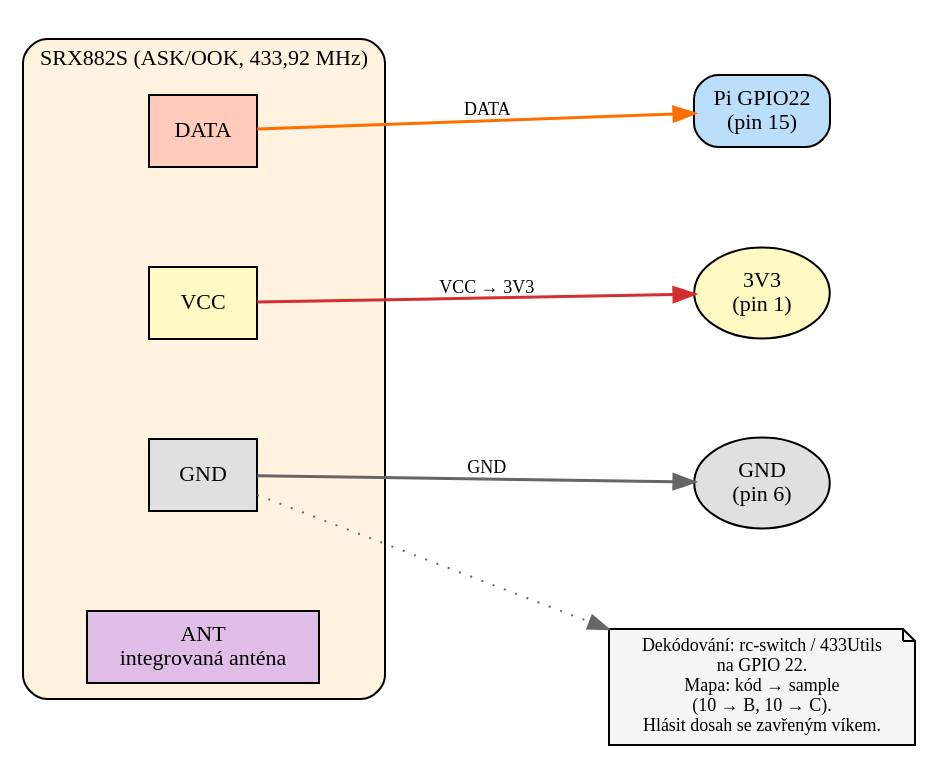
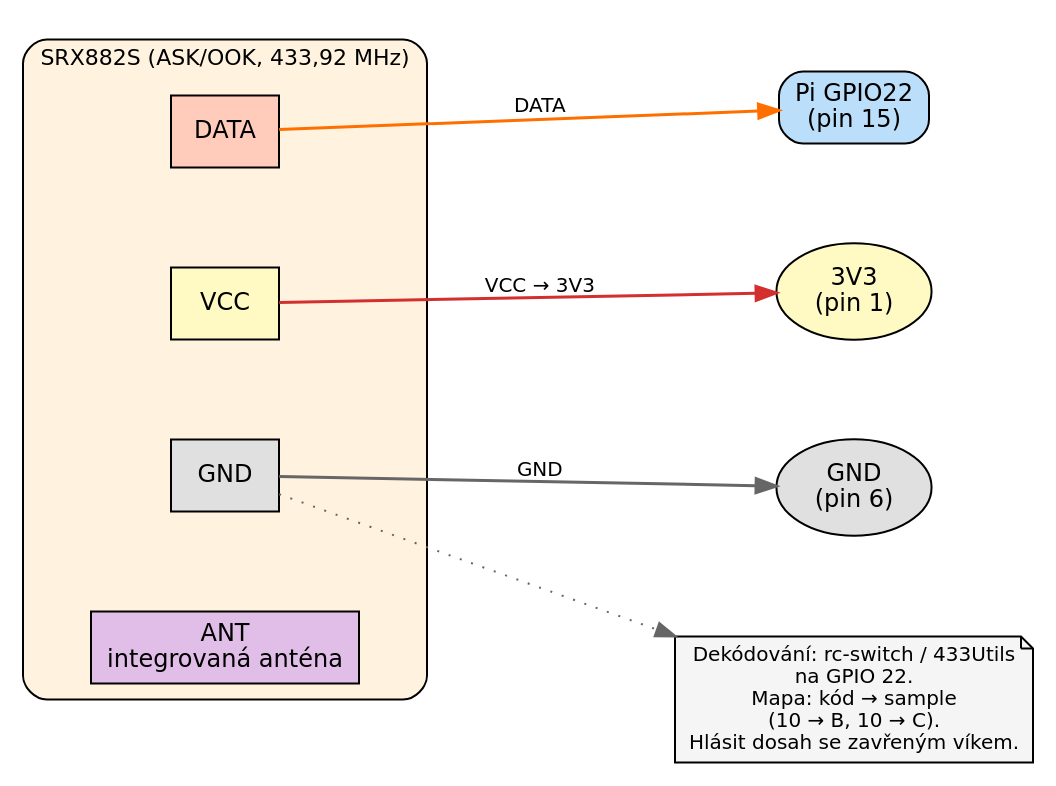
One commit to K0F/1938_ABC changed the diagram in docs/dot/hw_04_rf_receiver.dot. Above: the diagram before and after it, drawn with Graphviz. The commit also changed 20 other files, not shown here.

First line of the commit message:
docs: fix PDF rendering, readable diagram fonts, own PSU per box

```diff
--- a/docs/dot/hw_04_rf_receiver.dot
+++ b/docs/dot/hw_04_rf_receiver.dot
@@ -1,33 +1,33 @@
 // HW §5.4 — RF přijímač 433 MHz (SRX882S) na GPIO Pi 4
 digraph G {
-    graph [fontname="Terminus" rankdir=LR bgcolor="white" nodesep=0.7 ranksep=0.9];
-node [fontname="Terminus" fontsize=11 style="filled"];
-edge [fontname="Terminus" fontsize=9];
+    graph [fontname="DejaVu Sans" rankdir=LR bgcolor="white" nodesep=0.7 ranksep=0.9];
+node [fontname="DejaVu Sans" fontsize=12 style="filled"];
+edge [fontname="DejaVu Sans" fontsize=10];
 
 // SRX882S
 subgraph cluster_srx {
     label="SRX882S (ASK/OOK, 433,92 MHz)";
     style="filled,rounded";
     fillcolor="#fff3e0";
     fontsize=11;
 
     srx_data [label="DATA" shape=box fillcolor="#ffccbc"];
     srx_vcc [label="VCC" shape=box fillcolor="#fff9c4"];
     srx_gnd [label="GND" shape=box fillcolor="#e0e0e0"];
     srx_ant [label="ANT\nintegrovaná anténa" shape=box fillcolor="#e1bee7"];
 }
 
 // Pi 4 pins
 pi_gpio [label="Pi GPIO22\n(pin 15)" shape=box style="filled,rounded" fillcolor="#bbdefb"];
 pi_3v3 [label="3V3\n(pin 1)" shape=oval fillcolor="#fff9c4"];
 pi_gnd [label="GND\n(pin 6)" shape=oval fillcolor="#e0e0e0"];
 
 // Connections
 srx_data -> pi_gpio [label="  DATA  " color="#ff6f00" penwidth=1.5];
 srx_vcc -> pi_3v3 [label="  VCC → 3V3  " color="#d32f2f" penwidth=1.5];
 srx_gnd -> pi_gnd [label="  GND  " color="#666666" penwidth=1.5];
 
 // Note
-note [label="Dekódování: rc-switch / 433Utils\nna GPIO 22.\nMapa: kód → sample\n(10 → B, 10 → C).\nHlásit dosah se zavřeným víkem." shape=note fillcolor="#f5f5f5" fontsize=9];
+note [label="Dekódování: rc-switch / 433Utils\nna GPIO 22.\nMapa: kód → sample\n(10 → B, 10 → C).\nHlásit dosah se zavřeným víkem." shape=note fillcolor="#f5f5f5" fontsize=10];
 srx_gnd -> note [style=dotted color="#666666"];
 }
```
